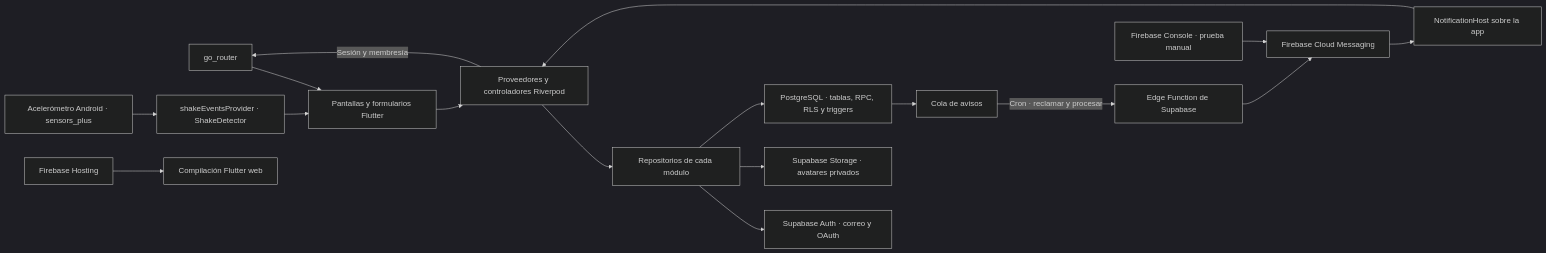
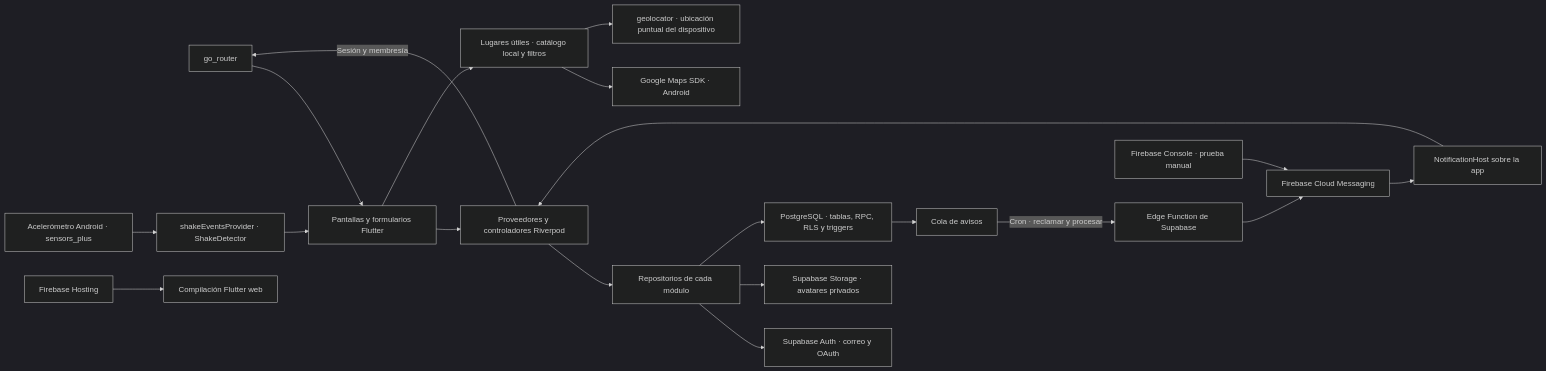
Before and after one commit to EMSiiU/casa_en_juego: the first of 13 diagrams in docs/MANUAL.md, drawn with Mermaid (dark theme). The commit also changed other lines of this file and 17 other files, not shown here.

First line of the commit message:
feat: add useful places feature with Google Maps integration

````diff
--- a/docs/MANUAL.md
+++ b/docs/MANUAL.md
@@ -21,19 +22,22 @@
 ```mermaid
 flowchart LR
     Router["go_router"] --> UI["Pantallas y formularios Flutter"]
     UI --> State["Proveedores y controladores Riverpod"]
     State --> Repo["Repositorios de cada módulo"]
     Sensor["Acelerómetro Android · sensors_plus"] --> Shake["shakeEventsProvider · ShakeDetector"]
     Shake --> UI
     State -->|"Sesión y membresía"| Router
     Repo --> Auth["Supabase Auth · correo y OAuth"]
     Repo --> Storage["Supabase Storage · avatares privados"]
     Repo --> DB["PostgreSQL · tablas, RPC, RLS y triggers"]
     DB --> Queue["Cola de avisos"]
     Queue -->|"Cron · reclamar y procesar"| Edge["Edge Function de Supabase"]
     Edge --> FCM["Firebase Cloud Messaging"]
     Console["Firebase Console · prueba manual"] --> FCM
     FCM --> Host["NotificationHost sobre la app"]
     Host --> State
     Hosting["Firebase Hosting"] --> Web["Compilación Flutter web"]
+    UI --> Places["Lugares útiles · catálogo local y filtros"]
+    Places --> Maps["Google Maps SDK · Android"]
+    Places --> GPS["geolocator · ubicación puntual del dispositivo"]
 ```
````
